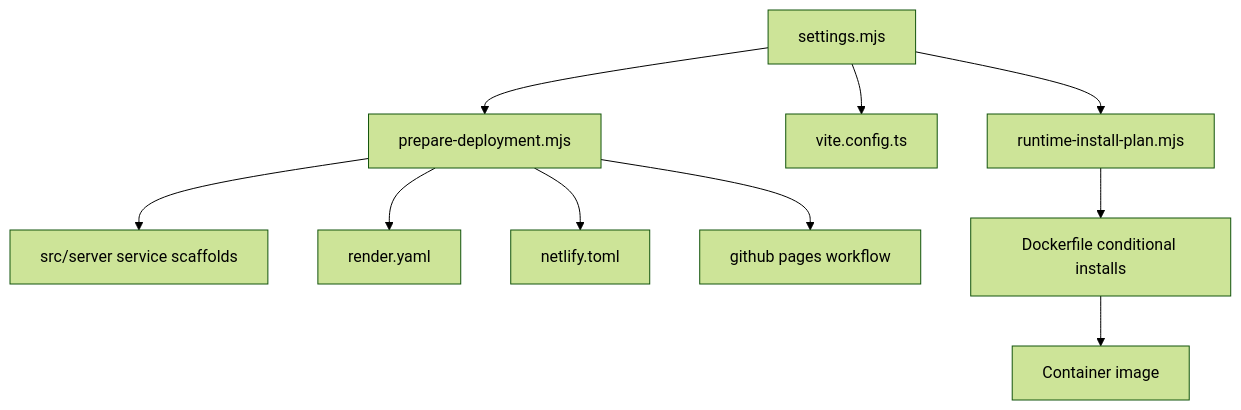
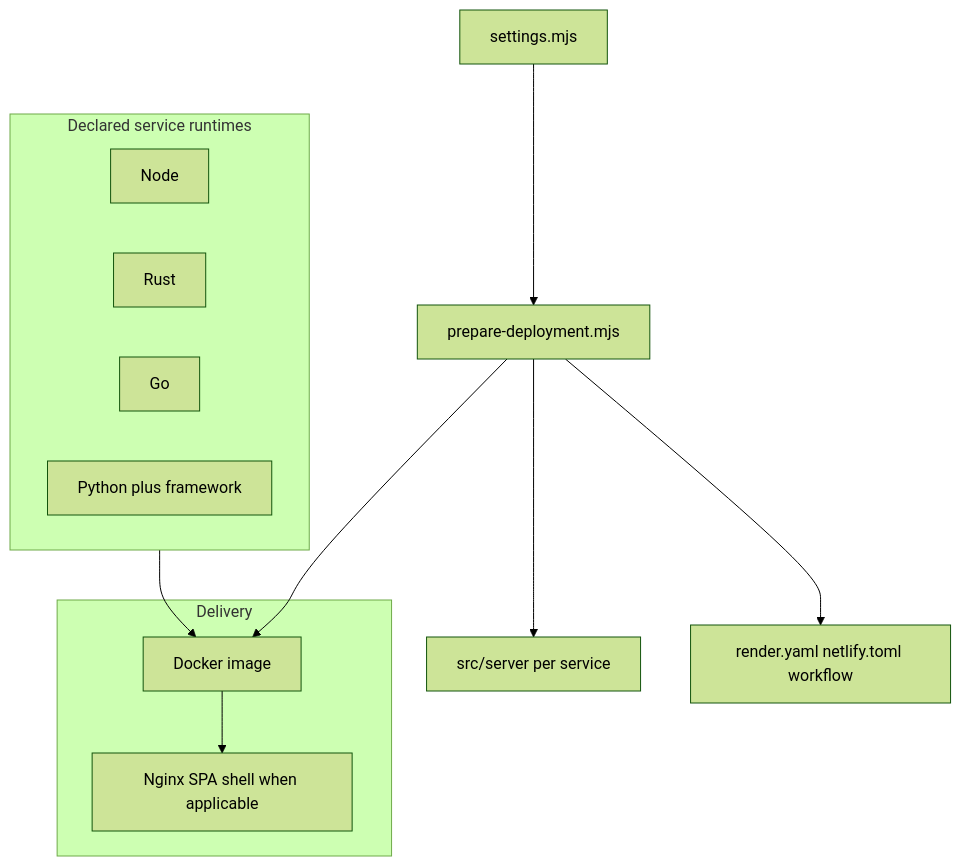
The first of 3 diagrams in src/deployment/DEPLOYMENT.md (xqctPeepo/babylon-game-starter), drawn with Mermaid (forest theme) before and after one commit. The commit also changed other lines of this file and 7 other files, not shown here.

````diff
--- a/src/deployment/DEPLOYMENT.md
+++ b/src/deployment/DEPLOYMENT.md
@@ -180,12 +18,19 @@
 ```mermaid
-flowchart TD
-  A[settings.mjs] --> B[prepare-deployment.mjs]
-  A --> C[vite.config.ts]
-  B --> D[src/server service scaffolds]
-  B --> E[render.yaml]
-  B --> F[netlify.toml]
-  B --> G[github pages workflow]
-  A --> H[runtime-install-plan.mjs]
-  H --> I[Dockerfile conditional installs]
-  I --> J[Container image]
+flowchart TB
+  subgraph runtimes [Declared service runtimes]
+    nodeRt["Node"]
+    rustRt["Rust"]
+    goRt["Go"]
+    pyRt["Python plus framework"]
+  end
+  subgraph delivery [Delivery]
+    docker["Docker image"]
+    nginx["Nginx SPA shell when applicable"]
+  end
+  settingsMjs["settings.mjs"] --> prepare["prepare-deployment.mjs"]
+  prepare --> scaffolds["src/server per service"]
+  prepare --> hostFiles["render.yaml netlify.toml workflow"]
+  runtimes --> docker
+  prepare --> docker
+  docker --> nginx
 ```
````
